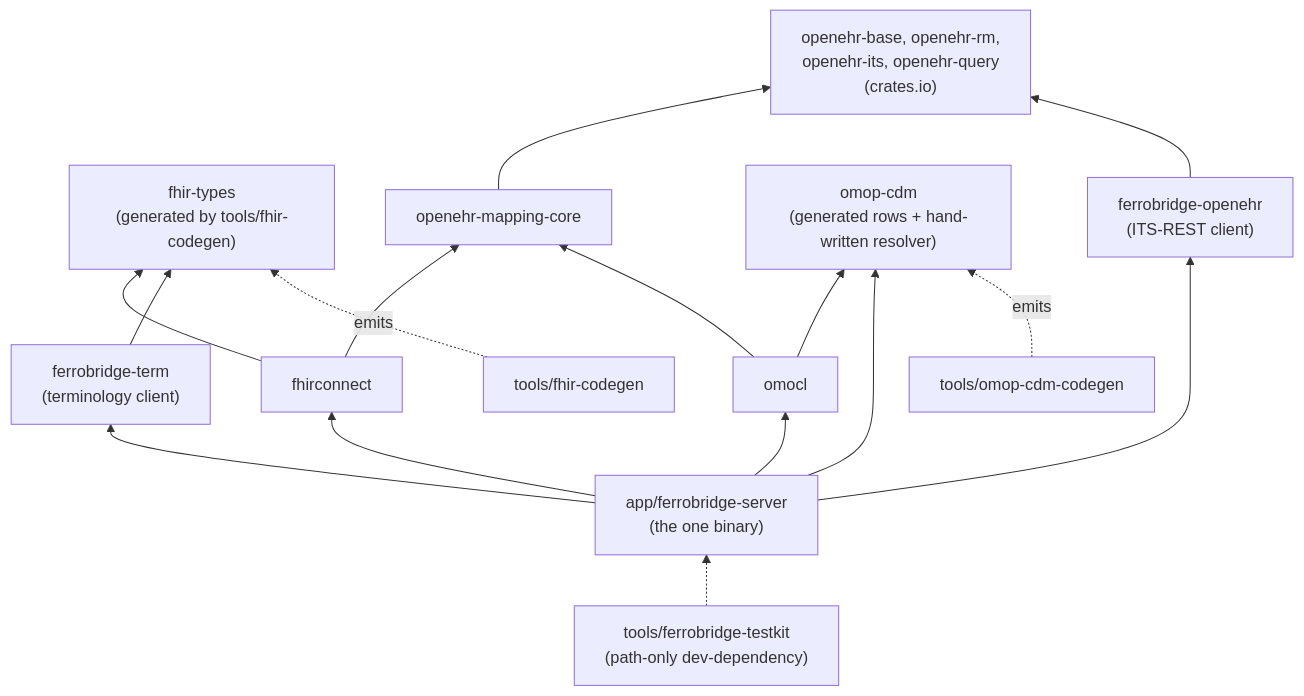
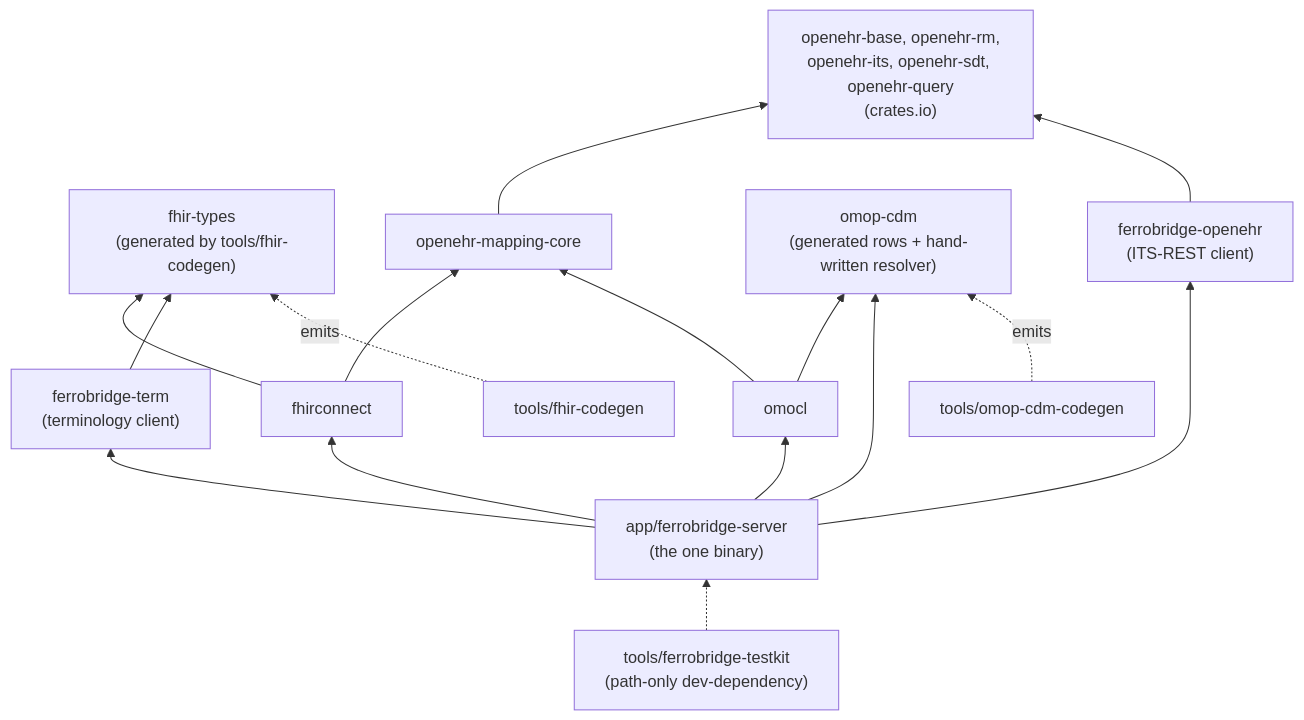
One commit to rubentalstra/FerroBRIDGE changed the eighth of 10 diagrams in docs/architecture.md. Above: the diagram before and after it, drawn with Mermaid. The commit also changed other lines of this file and 22 other files, not shown here.

First line of the commit message:
deps: the openehr crates at 0.0.69 with the openehr-sdt split, jsonschema 0.57.0, thiserror 2.0.21 (#217)

````diff
--- a/docs/architecture.md
+++ b/docs/architecture.md
@@ -1158,21 +1162,21 @@
 ```mermaid
 flowchart BT
     FT["fhir-types<br/>(generated by tools/fhir-codegen)"]
-    OE["openehr-base, openehr-rm,<br/>openehr-its, openehr-query<br/>(crates.io)"]
+    OE["openehr-base, openehr-rm,<br/>openehr-its, openehr-sdt, openehr-query<br/>(crates.io)"]
     MC["openehr-mapping-core"] --> OE
     FC["fhirconnect"] --> MC
     FC --> FT
     OM["omocl"] --> MC
     OC["omop-cdm<br/>(generated rows + hand-written resolver)"]
     OM --> OC
     CL["ferrobridge-openehr<br/>(ITS-REST client)"] --> OE
     TC["ferrobridge-term<br/>(terminology client)"] --> FT
     SV["app/ferrobridge-server<br/>(the one binary)"] --> FC
     SV --> OM
     SV --> OC
     SV --> CL
     SV --> TC
     TK["tools/ferrobridge-testkit<br/>(path-only dev-dependency)"] -.-> SV
     CG["tools/fhir-codegen"] -.->|"emits"| FT
     OG["tools/omop-cdm-codegen"] -.->|"emits"| OC
 ```
````
